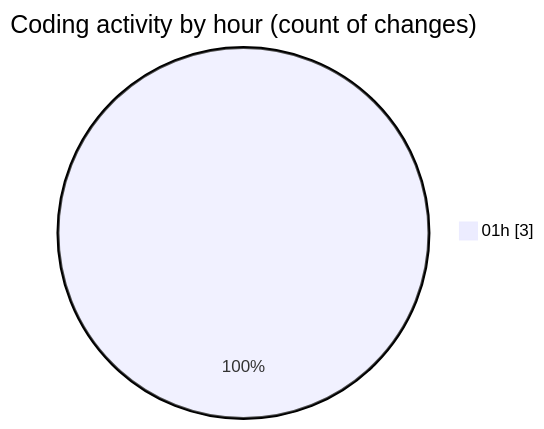
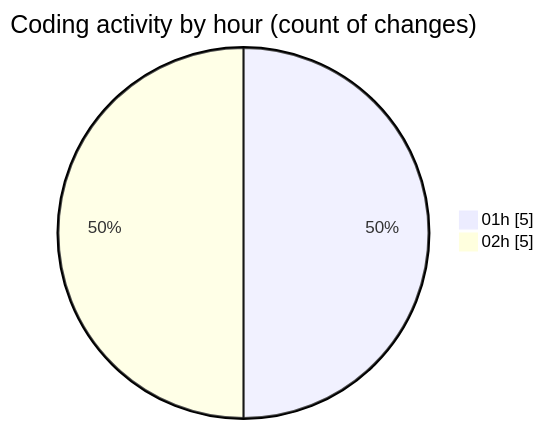
The second of 2 diagrams in 2025-10-23/eventscop-frontend-guide__workspace_/README.md (julien-gomy/code-tracking), drawn with Mermaid before and after one commit. The commit also changed other lines of this file and 1 other file, not shown here.

````diff
--- a/2025-10-23/eventscop-frontend-guide__workspace_/README.md
+++ b/2025-10-23/eventscop-frontend-guide__workspace_/README.md
@@ -30,5 +31,6 @@
 ```mermaid
 pie showData
 title Coding activity by hour (count of changes)
-"01h" : 3
+"01h" : 5
+"02h" : 5
 ```
````
